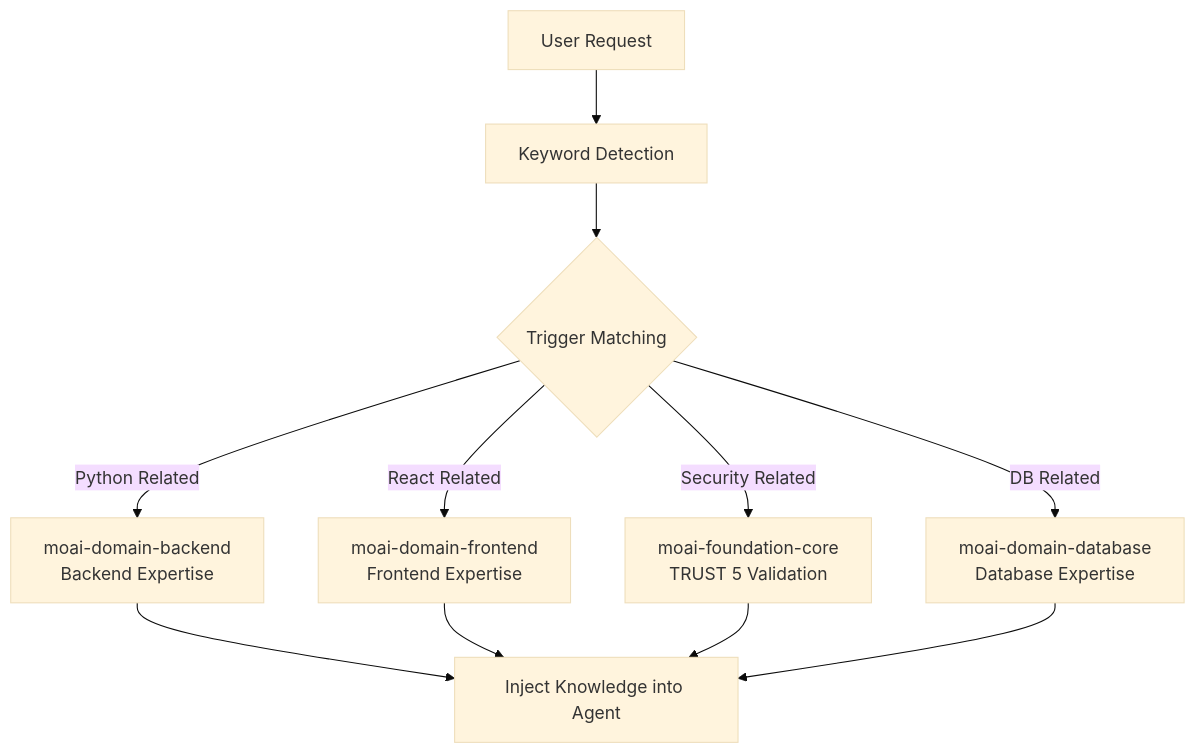
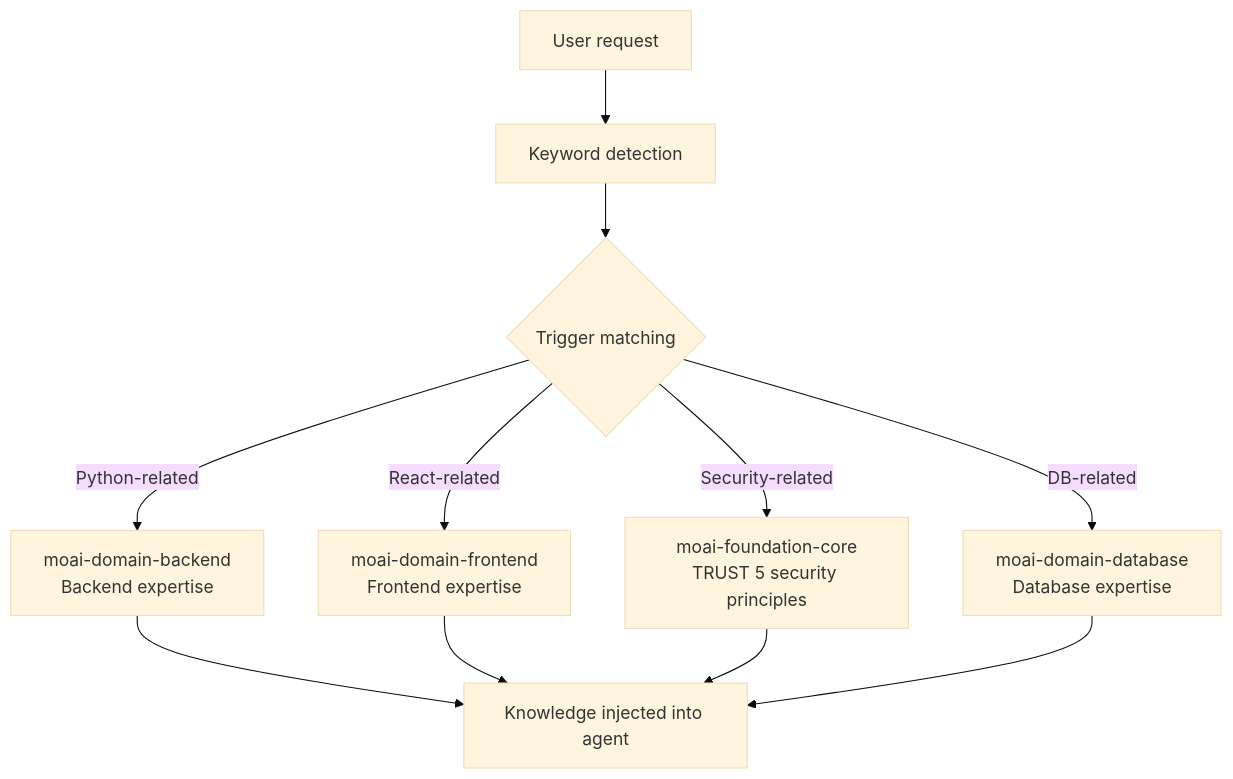
Before and after one commit to modu-ai/moai-adk: the first of 4 diagrams in docs-site/content/en/advanced/skill-guide.md, drawn with Mermaid (base theme). The commit also changed other lines of this file and 395 other files, not shown here.

````diff
--- a/docs-site/content/en/advanced/skill-guide.md
+++ b/docs-site/content/en/advanced/skill-guide.md
@@ -37,14 +37,14 @@
 ```mermaid
 flowchart TD
-    USER[User Request] --> DETECT[Keyword Detection]
-    DETECT --> TRIGGER{Trigger Matching}
-    TRIGGER -->|Python Related| PY["moai-domain-backend<br>Backend Expertise"]
-    TRIGGER -->|React Related| FE["moai-domain-frontend<br>Frontend Expertise"]
-    TRIGGER -->|Security Related| SEC["moai-foundation-core<br>TRUST 5 Validation"]
-    TRIGGER -->|DB Related| DB["moai-domain-database<br>Database Expertise"]
+    USER[User request] --> DETECT[Keyword detection]
+    DETECT --> TRIGGER{Trigger matching}
+    TRIGGER -->|Python-related| PY["moai-domain-backend<br>Backend expertise"]
+    TRIGGER -->|React-related| FE["moai-domain-frontend<br>Frontend expertise"]
+    TRIGGER -->|Security-related| SEC["moai-foundation-core<br>TRUST 5 security principles"]
+    TRIGGER -->|DB-related| DB["moai-domain-database<br>Database expertise"]
 
-    PY --> AGENT[Inject Knowledge into Agent]
+    PY --> AGENT[Knowledge injected into agent]
     FE --> AGENT
     SEC --> AGENT
     DB --> AGENT
 ```
````
